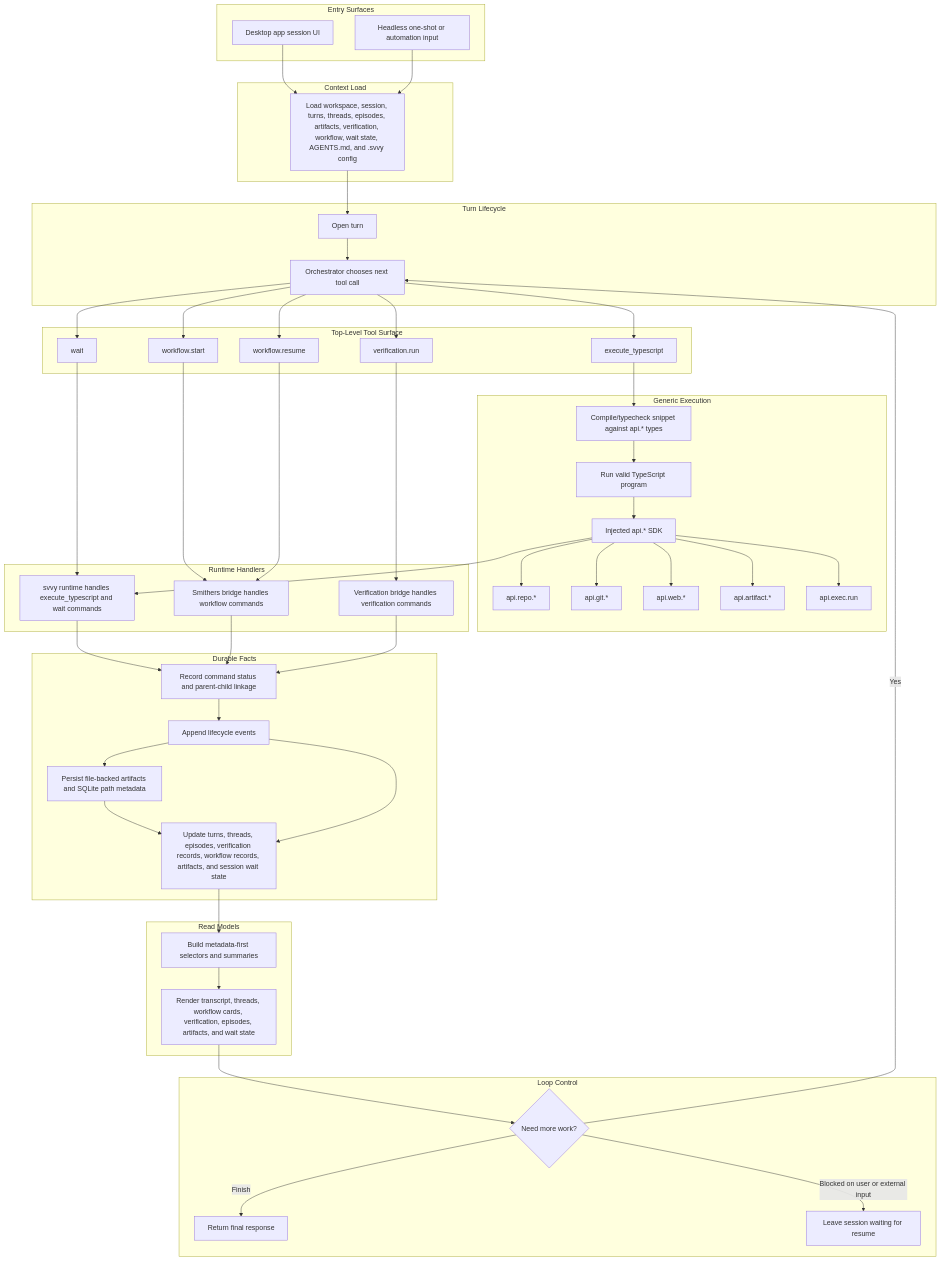
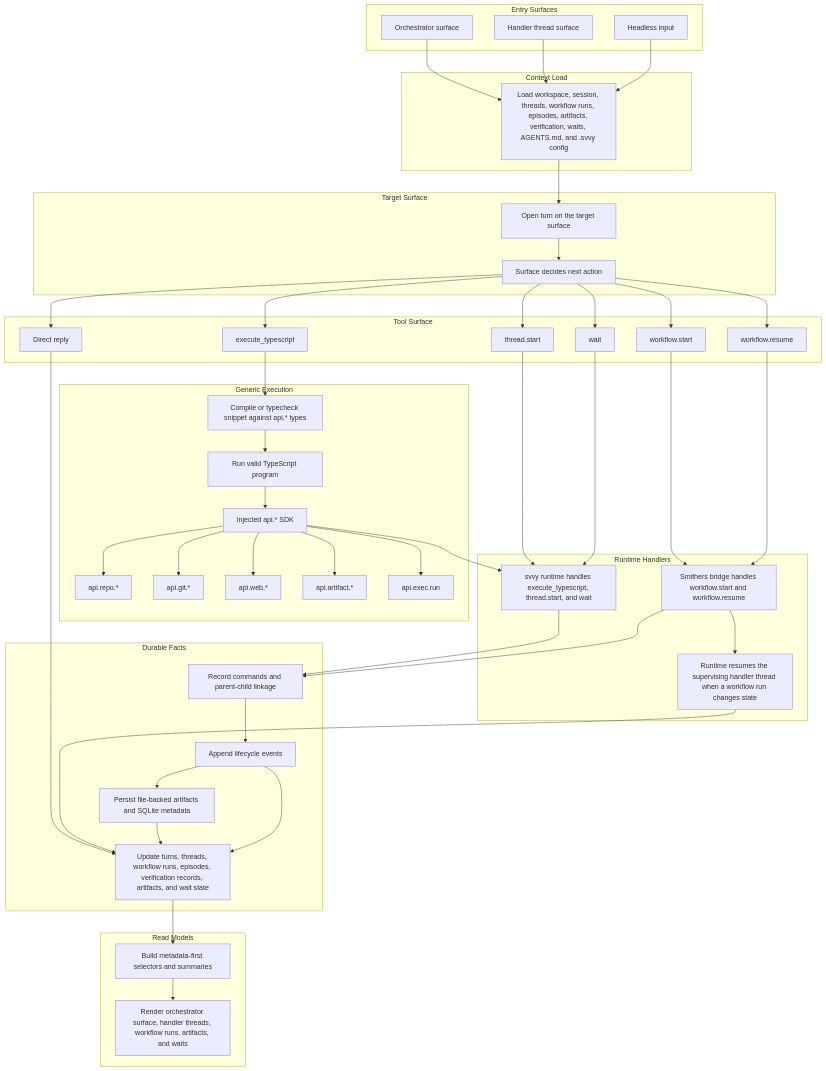
Before and after one commit to 0xpolarzero/hellm: the diagram in docs/execution-model.md, drawn with Mermaid. The commit also changed other lines of this file and 10 other files, not shown here.

Commit message:
docs: rewrite execution model around handler threads

````diff
--- a/docs/execution-model.md
+++ b/docs/execution-model.md
@@ -15,29 +30,31 @@
 ```mermaid
 flowchart TD
     subgraph Entry["Entry Surfaces"]
-        Desktop["Desktop app session UI"]
-        Headless["Headless one-shot or automation input"]
+        OrchestratorPane["Orchestrator surface"]
+        ThreadPane["Handler thread surface"]
+        Headless["Headless input"]
     end
 
-    subgraph Context["Context Load"]
-        Load["Load workspace, session, turns, threads, episodes, artifacts, verification, workflow, wait state, AGENTS.md, and .svvy config"]
+    subgraph Load["Context Load"]
+        LoadState["Load workspace, session, threads, workflow runs, episodes, artifacts, verification, waits, AGENTS.md, and .svvy config"]
     end
 
-    subgraph Turn["Turn Lifecycle"]
-        OpenTurn["Open turn"]
-        Decide["Orchestrator chooses next tool call"]
+    subgraph Surface["Target Surface"]
+        OpenTurn["Open turn on the target surface"]
+        Decide["Surface decides next action"]
     end
 
-    subgraph ToolSurface["Top-Level Tool Surface"]
+    subgraph Tools["Tool Surface"]
         Generic["execute_typescript"]
+        ThreadStart["thread.start"]
         WorkflowStart["workflow.start"]
         WorkflowResume["workflow.resume"]
-        Verify["verification.run"]
         Wait["wait"]
+        DirectReply["Direct reply"]
     end
 
     subgraph GenericExec["Generic Execution"]
-        Compile["Compile/typecheck snippet against api.* types"]
+        Compile["Compile or typecheck snippet against api.* types"]
         Run["Run valid TypeScript program"]
         Api["Injected api.* SDK"]
         ApiRepo["api.repo.*"]
@@ -47,40 +64,37 @@
         ApiExec["api.exec.run"]
     end
 
-    subgraph Handlers["Runtime Handlers"]
-        RuntimeHandler["svvy runtime handles execute_typescript and wait commands"]
-        SmithersHandler["Smithers bridge handles workflow commands"]
-        VerificationHandler["Verification bridge handles verification commands"]
+    subgraph Runtime["Runtime Handlers"]
+        RuntimeHandler["svvy runtime handles execute_typescript, thread.start, and wait"]
+        SmithersBridge["Smithers bridge handles workflow.start and workflow.resume"]
+        ResumeHandler["Runtime resumes the supervising handler thread when a workflow run changes state"]
     end
 
     subgraph Facts["Durable Facts"]
-        Commands["Record command status and parent-child linkage"]
+        Commands["Record commands and parent-child linkage"]
         Events["Append lifecycle events"]
-        Artifacts["Persist file-backed artifacts and SQLite path metadata"]
-        State["Update turns, threads, episodes, verification records, workflow records, artifacts, and session wait state"]
+        Artifacts["Persist file-backed artifacts and SQLite metadata"]
+        State["Update turns, threads, workflow runs, episodes, verification records, artifacts, and wait state"]
     end
 
     subgraph ReadModels["Read Models"]
         Selectors["Build metadata-first selectors and summaries"]
-        UI["Render transcript, threads, workflow cards, verification, episodes, artifacts, and wait state"]
+        UI["Render orchestrator surface, handler threads, workflow runs, artifacts, and waits"]
     end
 
-    subgraph Loop["Loop Control"]
-        More{"Need more work?"}
-        Finish["Return final response"]
-        Pause["Leave session waiting for resume"]
-    end
+    OrchestratorPane --> LoadState
+    ThreadPane --> LoadState
+    Headless --> LoadState
 
-    Desktop --> Load
-    Headless --> Load
-    Load --> OpenTurn
+    LoadState --> OpenTurn
     OpenTurn --> Decide
 
     Decide --> Generic
+    Decide --> ThreadStart
     Decide --> WorkflowStart
     Decide --> WorkflowResume
-    Decide --> Verify
     Decide --> Wait
+    Decide --> DirectReply
 
     Generic --> Compile
     Compile --> Run
@@ -91,24 +105,22 @@
     Api --> ApiArtifact
     Api --> ApiExec
     Api --> RuntimeHandler
-    WorkflowStart --> SmithersHandler
-    WorkflowResume --> SmithersHandler
-    Verify --> VerificationHandler
+
+    ThreadStart --> RuntimeHandler
+    WorkflowStart --> SmithersBridge
+    WorkflowResume --> SmithersBridge
     Wait --> RuntimeHandler
+    DirectReply --> State
+
+    SmithersBridge --> ResumeHandler
+    ResumeHandler --> State
 
     RuntimeHandler --> Commands
-    SmithersHandler --> Commands
-    VerificationHandler --> Commands
-
+    SmithersBridge --> Commands
     Commands --> Events
     Events --> Artifacts
     Artifacts --> State
     Events --> State
     State --> Selectors
     Selectors --> UI
-    UI --> More
-
-    More -->|Yes| Decide
-    More -->|Finish| Finish
-    More -->|Blocked on user or external input| Pause
 ```
````
